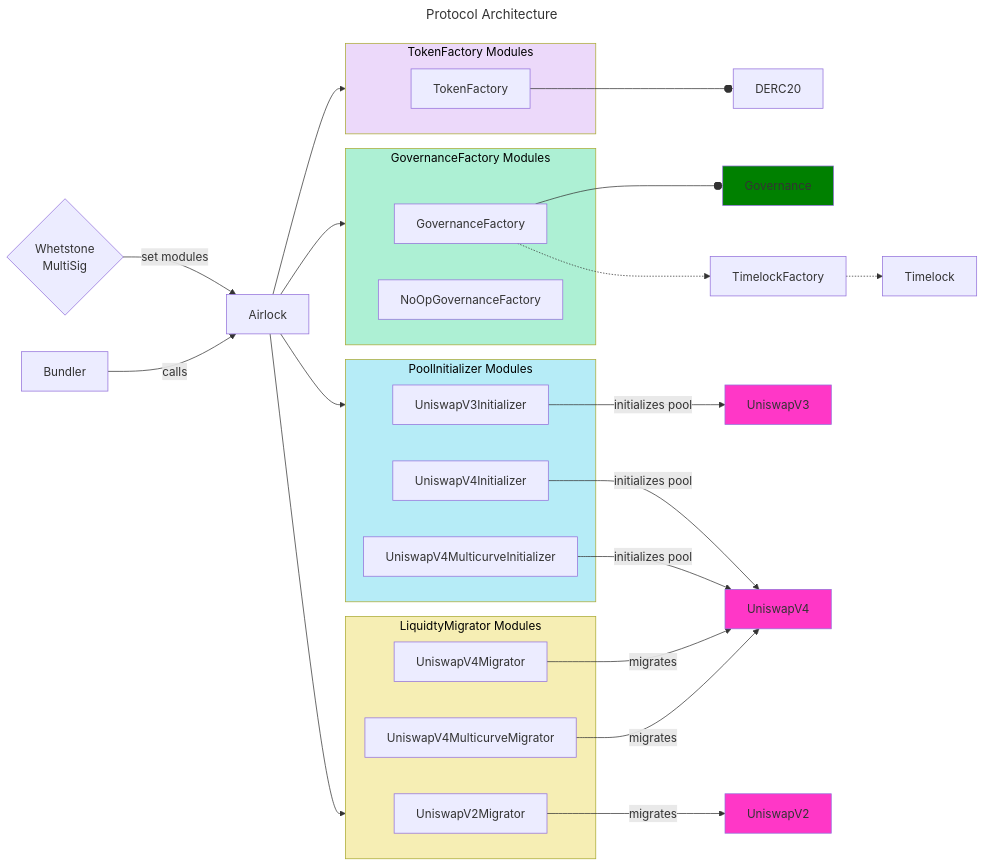
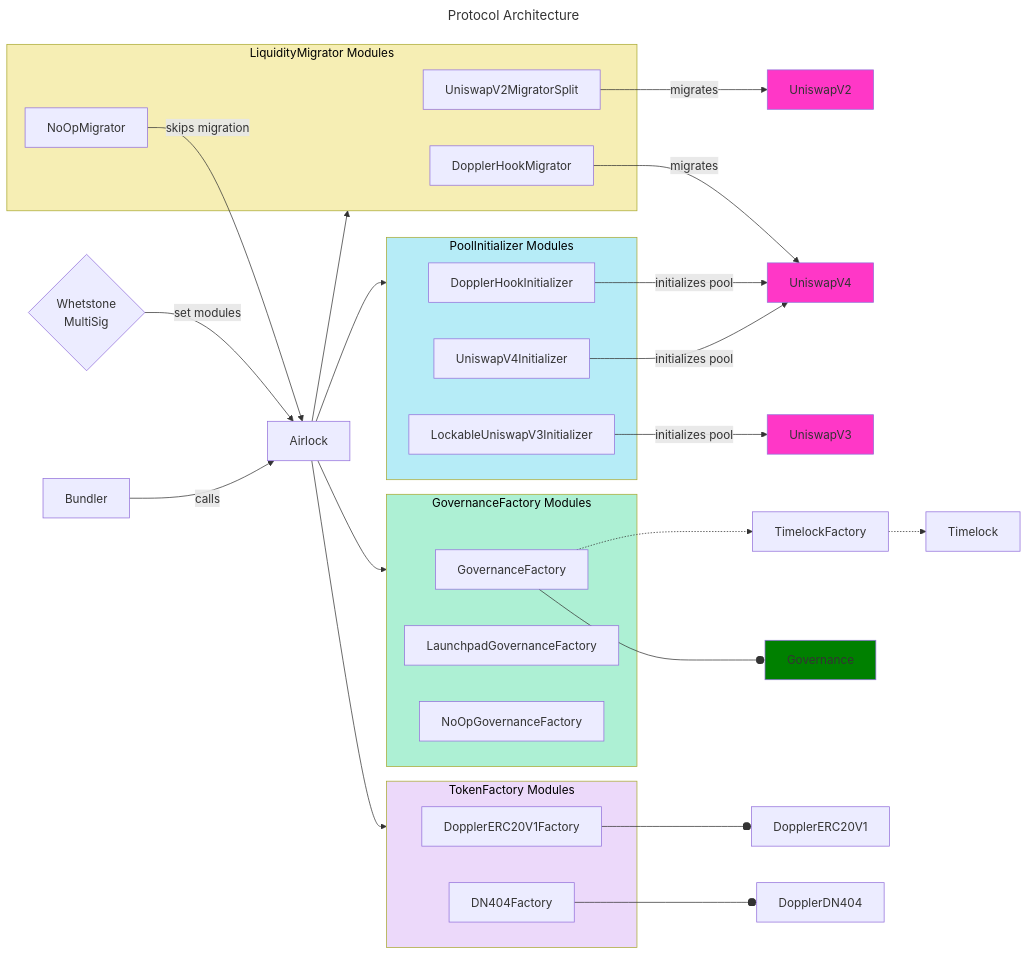
Before and after one commit to whetstoneresearch/doppler: the diagram in docs/Airlock.md, drawn with Mermaid. The commit also changed other lines of this file and 109 other files, not shown here.

````diff
--- a/docs/Airlock.md
+++ b/docs/Airlock.md
@@ -20,62 +20,65 @@
 ```mermaid
 ---
 title: Protocol Architecture
 ---
 flowchart LR
     MS{Whetstone<br />MultiSig} --> |set modules|A
     Bundler --> |calls|A
 
     A[Airlock] --> TFM
     A --> GFM
     A --> LMM
     A --> PIM
 
     subgraph TFM[TokenFactory Modules]
-        TF[TokenFactory]
+        DopplerERC20V1Factory
+        DN404Factory
     end
 
     style TFM fill:#ECD9FA, color:#000
 
-    TF --o DERC20
+    DopplerERC20V1Factory --o DopplerERC20V1
+    DN404Factory --o DopplerDN404
 
     subgraph GFM[GovernanceFactory Modules]
         GovernanceFactory
+        LaunchpadGovernanceFactory
         NoOpGovernanceFactory
     end
 
     style GFM fill:#ADF0D4, color:#000
 
     GovernanceFactory --o Governance
     GovernanceFactory -.->TimelockFactory
     TimelockFactory -.-> Timelock
 
     style Governance fill:green
 
     subgraph PIM[PoolInitializer Modules]
-        UniswapV3Initializer
+        DopplerHookInitializer
         UniswapV4Initializer
-        UniswapV4MulticurveInitializer
+        LockableUniswapV3Initializer
     end
 
     style PIM fill:#B6ECF7, color:#000
 
-    UniswapV3Initializer --> |initializes pool| UniswapV3
+    DopplerHookInitializer --> |initializes pool| UniswapV4
     UniswapV4Initializer --> |initializes pool| UniswapV4
-    UniswapV4MulticurveInitializer --> |initializes pool| UniswapV4
+    LockableUniswapV3Initializer --> |initializes pool| UniswapV3
 
-    subgraph LMM[LiquidtyMigrator Modules]
-        UniswapV2Migrator
-        UniswapV4Migrator
-        UniswapV4MulticurveMigrator
+    subgraph LMM[LiquidityMigrator Modules]
+        UniswapV2MigratorSplit
+        DopplerHookMigrator
+        NoOpMigrator
     end
 
     style LMM fill:#F6EEB4, color:#000
 
-    UniswapV2Migrator --> |migrates| UniswapV2
-    UniswapV4Migrator --> |migrates| UniswapV4
-    UniswapV4MulticurveMigrator --> |migrates| UniswapV4
+    UniswapV2MigratorSplit --> |migrates| UniswapV2
+    DopplerHookMigrator --> |migrates| UniswapV4
+    NoOpMigrator --> |skips migration| A
 
     style UniswapV2 fill:#ff37c7
     style UniswapV3 fill:#ff37c7
     style UniswapV4 fill:#ff37c7
 ```
````
